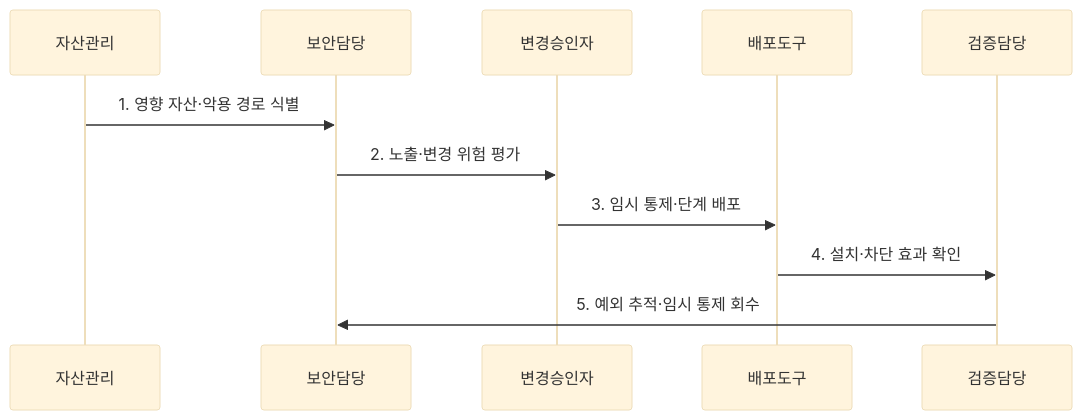
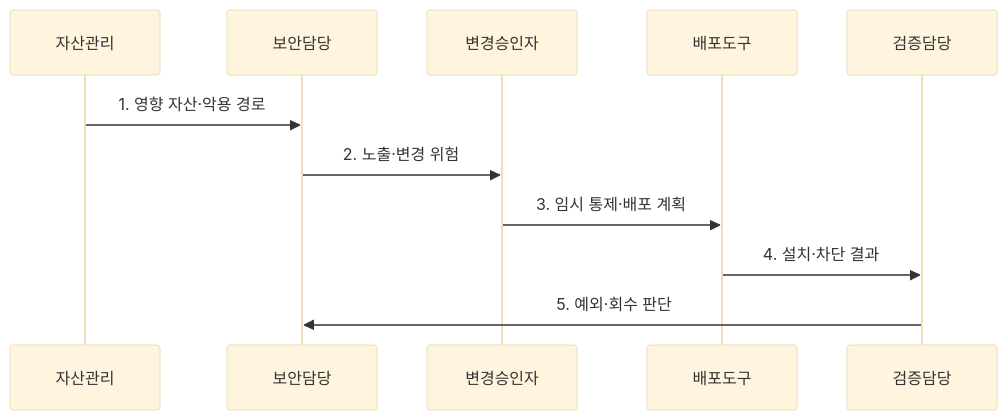
The second of 2 diagrams in src/content/docs/notes/05-security/043_patch_management_virtual_patching.md (agnusdei1207/knowledge-base), drawn with Mermaid (base theme) before and after one commit. The commit also changed other lines of this file and 20 other files, not shown here.

````diff
--- a/src/content/docs/notes/05-security/043_patch_management_virtual_patching.md
+++ b/src/content/docs/notes/05-security/043_patch_management_virtual_patching.md
@@ -82,13 +79,13 @@
 ```mermaid
 sequenceDiagram
     participant 자산관리
     participant 보안담당
     participant 변경승인자
     participant 배포도구
     participant 검증담당
-    자산관리->>보안담당: 1. 영향 자산·악용 경로 식별
-    보안담당->>변경승인자: 2. 노출·변경 위험 평가
-    변경승인자->>배포도구: 3. 임시 통제·단계 배포
-    배포도구->>검증담당: 4. 설치·차단 효과 확인
-    검증담당->>보안담당: 5. 예외 추적·임시 통제 회수
+    자산관리->>보안담당: 1. 영향 자산·악용 경로
+    보안담당->>변경승인자: 2. 노출·변경 위험
+    변경승인자->>배포도구: 3. 임시 통제·배포 계획
+    배포도구->>검증담당: 4. 설치·차단 결과
+    검증담당->>보안담당: 5. 예외·회수 판단
 ```
````
